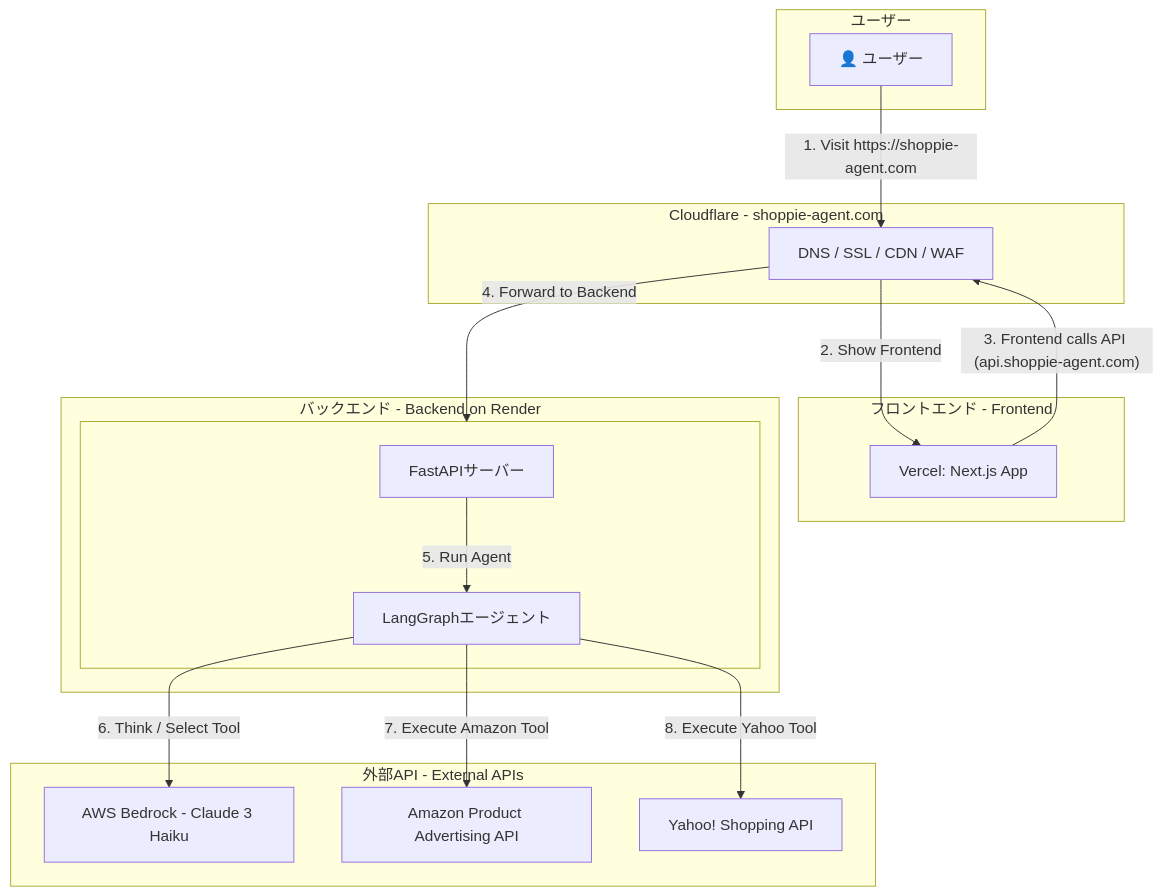
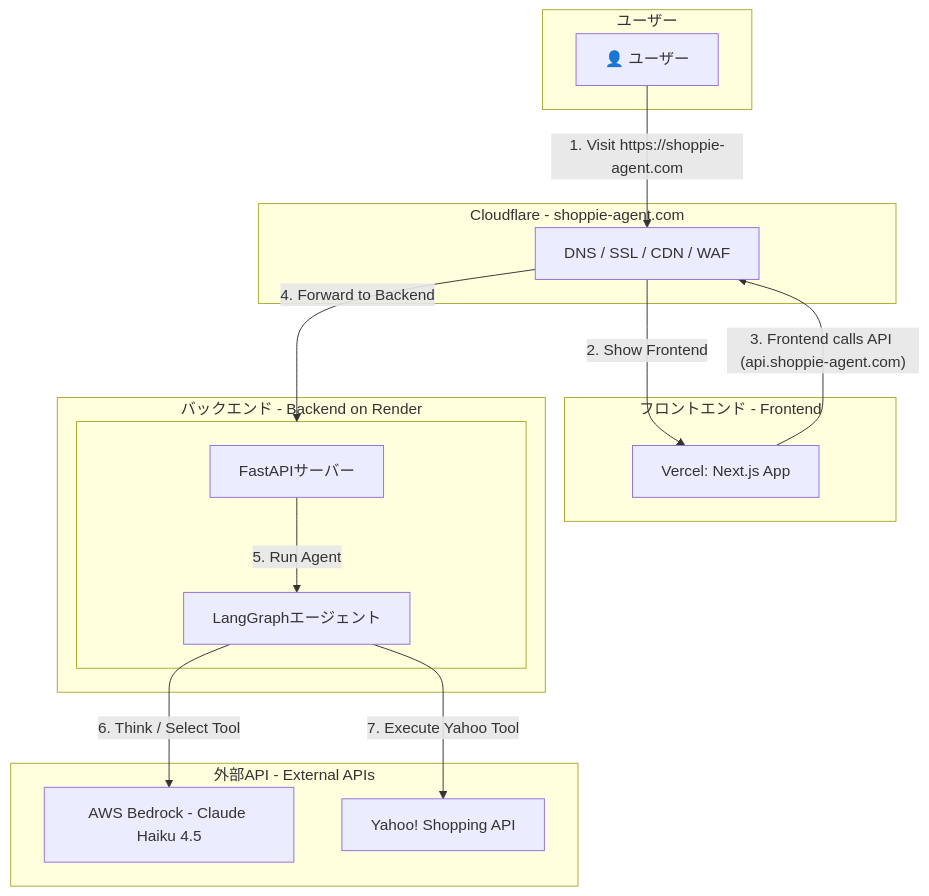
The diagram in README.md (koichi2426/Shoppie), drawn with Mermaid before and after one commit. The commit also changed other lines of this file, not shown here.

First line of the commit message:
READMEの技術構成をRender版の図のみに簡素化する

````diff
--- a/README.md
+++ b/README.md
@@ -50,39 +48,37 @@
 ```mermaid
 graph TD
     subgraph "ユーザー"
         A[👤 ユーザー]
     end
 
     subgraph "Cloudflare - shoppie-agent.com"
         B[DNS / SSL / CDN / WAF]
     end
 
     subgraph "フロントエンド - Frontend"
         C[Vercel: Next.js App]
     end
 
     subgraph "バックエンド - Backend on Render"
         D[Dockerコンテナ on Render]
         subgraph D[" "]
             E[FastAPIサーバー]
             F[LangGraphエージェント]
         end
     end
     
     subgraph "外部API - External APIs"
-        G[AWS Bedrock - Claude 3 Haiku]
-        H[Amazon Product Advertising API]
-        I[Yahoo! Shopping API]
+        G[AWS Bedrock - Claude Haiku 4.5]
+        H[Yahoo! Shopping API]
     end
 
     A -- "1. Visit https://shoppie-agent.com" --> B
     B -- "2. Show Frontend" --> C
     
     C -- "3. Frontend calls API (api.shoppie-agent.com)" --> B
     B -- "4. Forward to Backend" --> D
     
     E -- "5. Run Agent" --> F
     F -- "6. Think / Select Tool" --> G
-    F -- "7. Execute Amazon Tool" --> H
-    F -- "8. Execute Yahoo Tool" --> I
+    F -- "7. Execute Yahoo Tool" --> H
 ```
````
